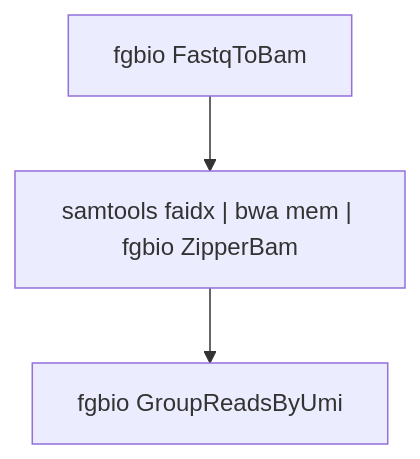
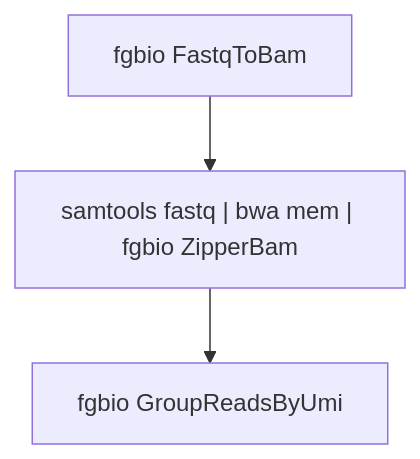
The first of 3 diagrams in docs/best-practice-consensus-pipeline.md (fulcrumgenomics/fgbio), drawn with Mermaid before and after one commit. The commit also changed other lines of this file, not shown here.

````diff
--- a/docs/best-practice-consensus-pipeline.md
+++ b/docs/best-practice-consensus-pipeline.md
@@ -25,5 +27,5 @@
 ```mermaid
 graph TD;
-A["fgbio FastqToBam"]-->B["samtools faidx | bwa mem | fgbio ZipperBam"];
+A["fgbio FastqToBam"]-->B["samtools fastq | bwa mem | fgbio ZipperBam"];
 B-->C["fgbio GroupReadsByUmi"];
 ```
````
